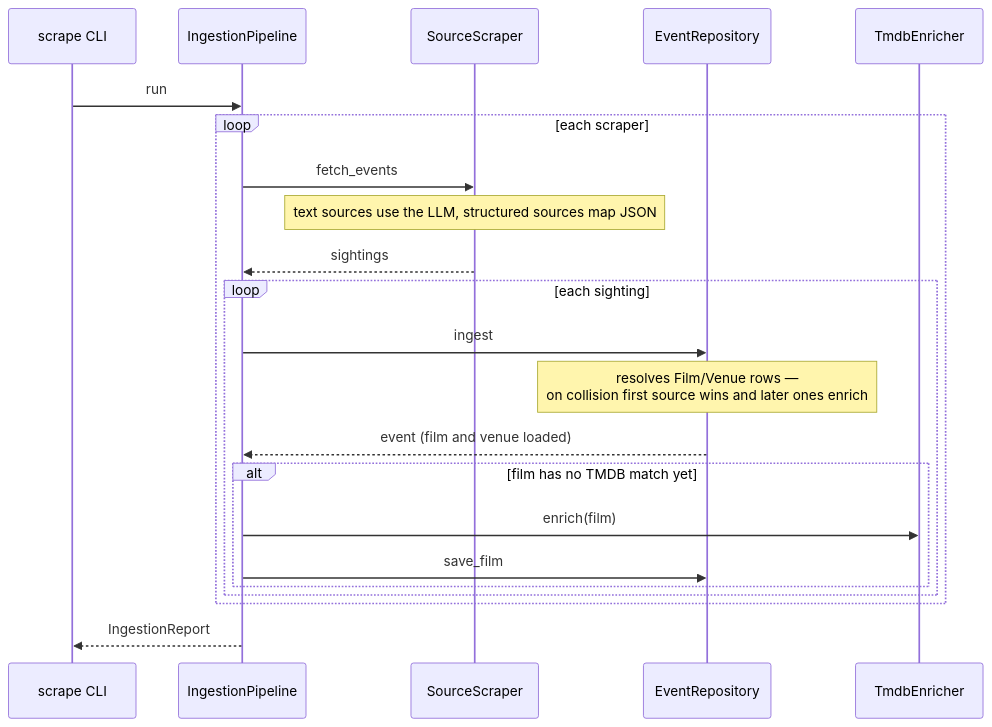
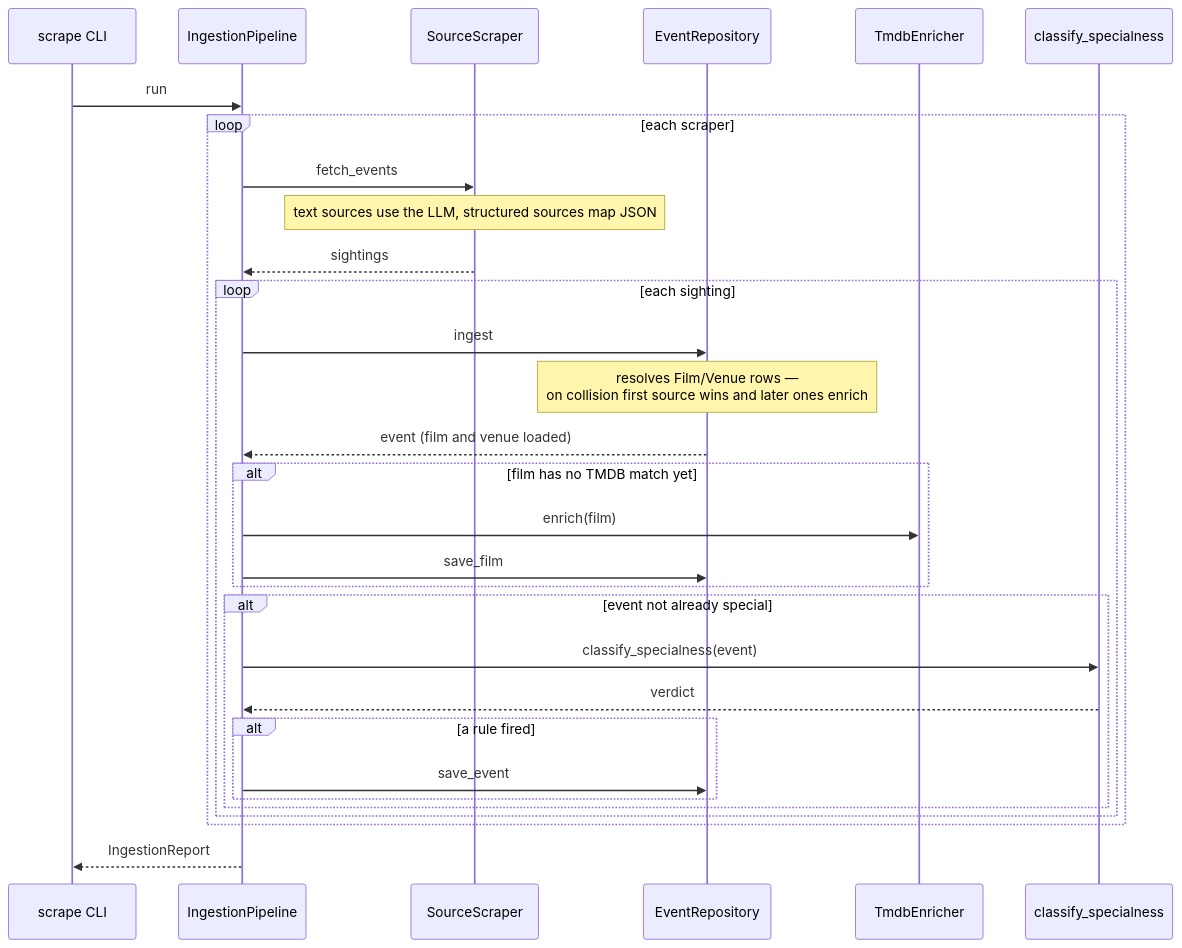
The second of 3 diagrams in docs/architecture.md (Pierrafrom/lanterne), drawn with Mermaid before and after one commit. The commit also changed other lines of this file and 43 other files, not shown here.

````diff
--- a/docs/architecture.md
+++ b/docs/architecture.md
@@ -79,25 +111,33 @@
 ```mermaid
 sequenceDiagram
     participant CLI as scrape CLI
     participant P as IngestionPipeline
     participant S as SourceScraper
     participant R as EventRepository
     participant T as TmdbEnricher
+    participant SP as classify_specialness
 
     CLI->>P: run
     loop each scraper
         P->>S: fetch_events
         Note over S: text sources use the LLM, structured sources map JSON
         S-->>P: sightings
         loop each sighting
             P->>R: ingest
             Note over R: resolves Film/Venue rows —<br/>on collision first source wins and later ones enrich
             R-->>P: event (film and venue loaded)
             alt film has no TMDB match yet
                 P->>T: enrich(film)
                 P->>R: save_film
             end
+            alt event not already special
+                P->>SP: classify_specialness(event)
+                SP-->>P: verdict
+                alt a rule fired
+                    P->>R: save_event
+                end
+            end
         end
     end
     P-->>CLI: IngestionReport
 ```
````
